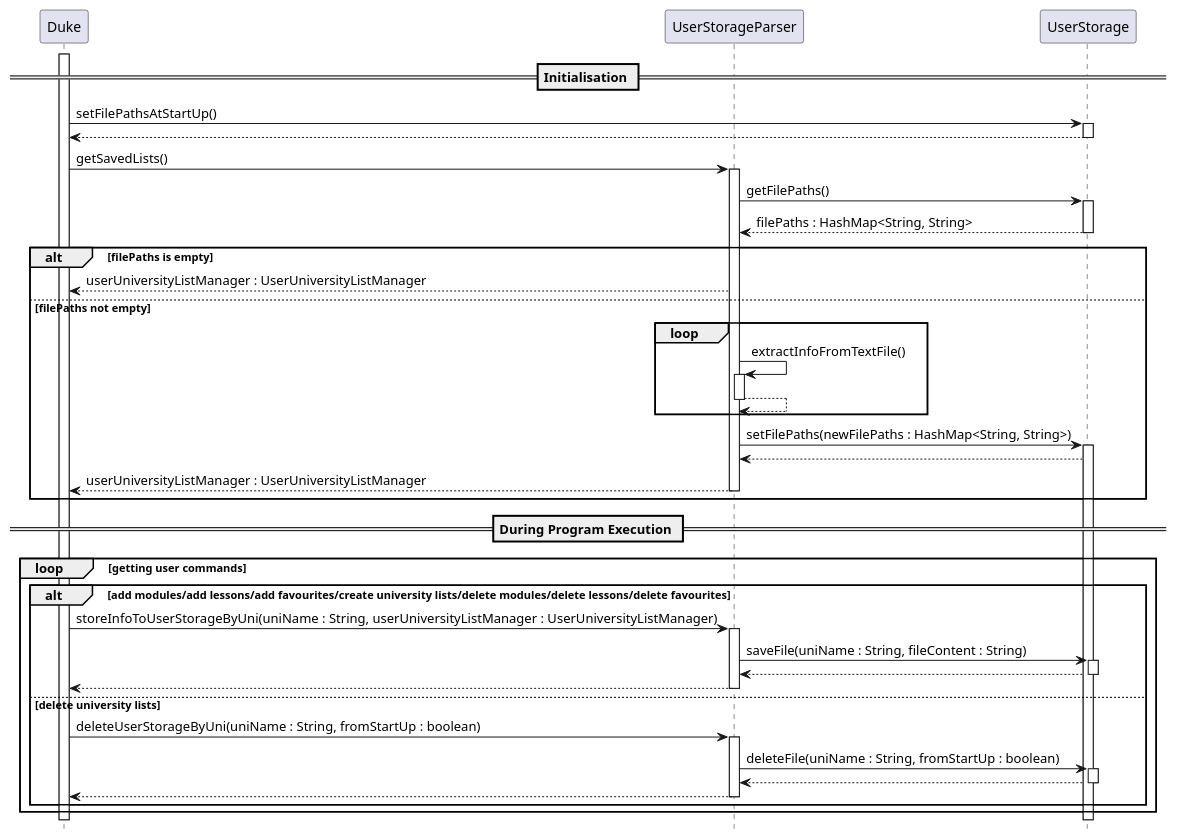
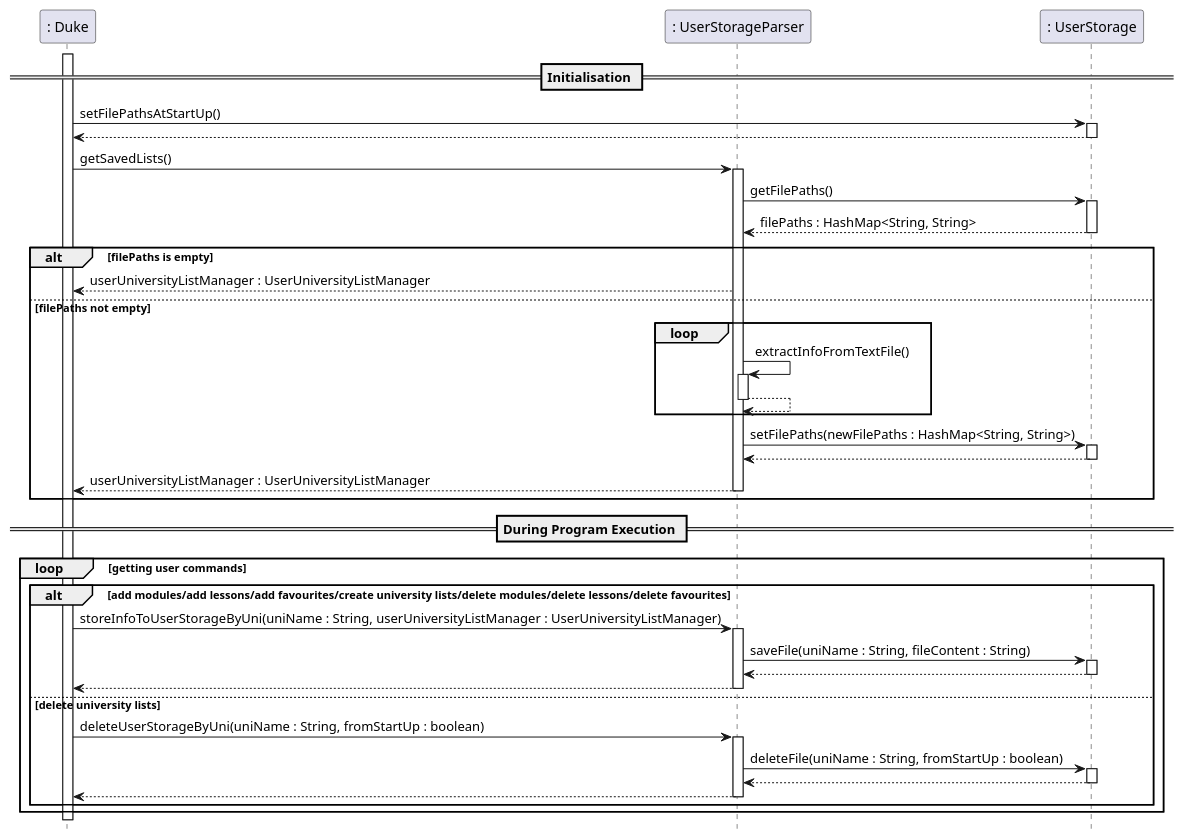
The diagram in docs/diagrams/UserStorage_Sequence.puml (nus-cs2113-AY2223S1/tp), drawn with PlantUML before and after one commit. The commit also changed 3 other files, not shown here.

Commit message:
Update DG for sequence diagrams

```diff
--- a/docs/diagrams/UserStorage_Sequence.puml
+++ b/docs/diagrams/UserStorage_Sequence.puml
@@ -1,60 +1,61 @@
 @startuml
 
 hide footbox
 
 == Initialisation ==
-activate Duke
-participant UserStorageParser
-Duke -> UserStorage : setFilePathsAtStartUp()
-activate UserStorage
-UserStorage --> Duke
-deactivate UserStorage
+activate ": Duke"
+participant ": UserStorageParser"
+": Duke" -> ": UserStorage" : setFilePathsAtStartUp()
+activate ": UserStorage"
+": UserStorage" --> ": Duke"
+deactivate ": UserStorage"
 
-Duke -> UserStorageParser : getSavedLists()
-activate UserStorageParser
-UserStorageParser -> UserStorage : getFilePaths()
-activate UserStorage
-UserStorage --> UserStorageParser : filePaths : HashMap<String, String>
-deactivate UserStorage
+": Duke" -> ": UserStorageParser" : getSavedLists()
+activate ": UserStorageParser"
+": UserStorageParser" -> ": UserStorage": getFilePaths()
+activate ": UserStorage"
+": UserStorage" --> ": UserStorageParser" : filePaths : HashMap<String, String>
+deactivate ": UserStorage"
 alt filePaths is empty
-UserStorageParser --> Duke : userUniversityListManager : UserUniversityListManager
+": UserStorageParser" --> ": Duke" : userUniversityListManager : UserUniversityListManager
 
 else filePaths not empty
 loop
-UserStorageParser -> UserStorageParser : extractInfoFromTextFile()
-activate UserStorageParser
-UserStorageParser --> UserStorageParser
-deactivate UserStorageParser
+": UserStorageParser" -> ": UserStorageParser" : extractInfoFromTextFile()
+activate ": UserStorageParser"
+": UserStorageParser" --> ": UserStorageParser"
+deactivate ": UserStorageParser"
 end
-UserStorageParser -> UserStorage : setFilePaths(newFilePaths : HashMap<String, String>)
-activate UserStorage
-UserStorage --> UserStorageParser
-UserStorageParser --> Duke : userUniversityListManager : UserUniversityListManager
-deactivate UserStorageParser
+": UserStorageParser" -> ": UserStorage" : setFilePaths(newFilePaths : HashMap<String, String>)
+activate ": UserStorage"
+": UserStorage" --> ": UserStorageParser"
+deactivate ": UserStorage"
+": UserStorageParser" --> ": Duke": userUniversityListManager : UserUniversityListManager
+deactivate ": UserStorageParser"
 end
 
 == During Program Execution ==
 loop getting user commands
 alt add modules/add lessons/add favourites/create university lists/delete modules/delete lessons/delete favourites
-Duke -> UserStorageParser : storeInfoToUserStorageByUni(uniName : String, userUniversityListManager : UserUniversityListManager)
-activate UserStorageParser
-UserStorageParser -> UserStorage : saveFile(uniName : String, fileContent : String)
-activate UserStorage
-UserStorage --> UserStorageParser
-deactivate UserStorage
-UserStorageParser --> Duke
-deactivate UserStorageParser
+": Duke" -> ": UserStorageParser" : storeInfoToUserStorageByUni(uniName : String, userUniversityListManager : UserUniversityListManager)
+activate ": UserStorageParser"
+": UserStorageParser" -> ": UserStorage" : saveFile(uniName : String, fileContent : String)
+activate ": UserStorage"
+": UserStorage" --> ": UserStorageParser"
+deactivate ": UserStorage"
+": UserStorageParser" --> ": Duke"
+deactivate ": UserStorageParser"
 
 else delete university lists
-Duke -> UserStorageParser : deleteUserStorageByUni(uniName : String, fromStartUp : boolean)
-activate UserStorageParser
-UserStorageParser -> UserStorage : deleteFile(uniName : String, fromStartUp : boolean)
-activate UserStorage
-UserStorage --> UserStorageParser
-deactivate UserStorage
-UserStorageParser --> Duke
-deactivate UserStorageParser
+": Duke" -> ": UserStorageParser" : deleteUserStorageByUni(uniName : String, fromStartUp : boolean)
+activate ": UserStorageParser"
+": UserStorageParser" -> ": UserStorage" : deleteFile(uniName : String, fromStartUp : boolean)
+activate ": UserStorage"
+": UserStorage" --> ": UserStorageParser"
+deactivate ": UserStorage"
+": UserStorageParser" --> ": Duke"
+deactivate ": UserStorageParser"
 end
 end
 
 @enduml
```
